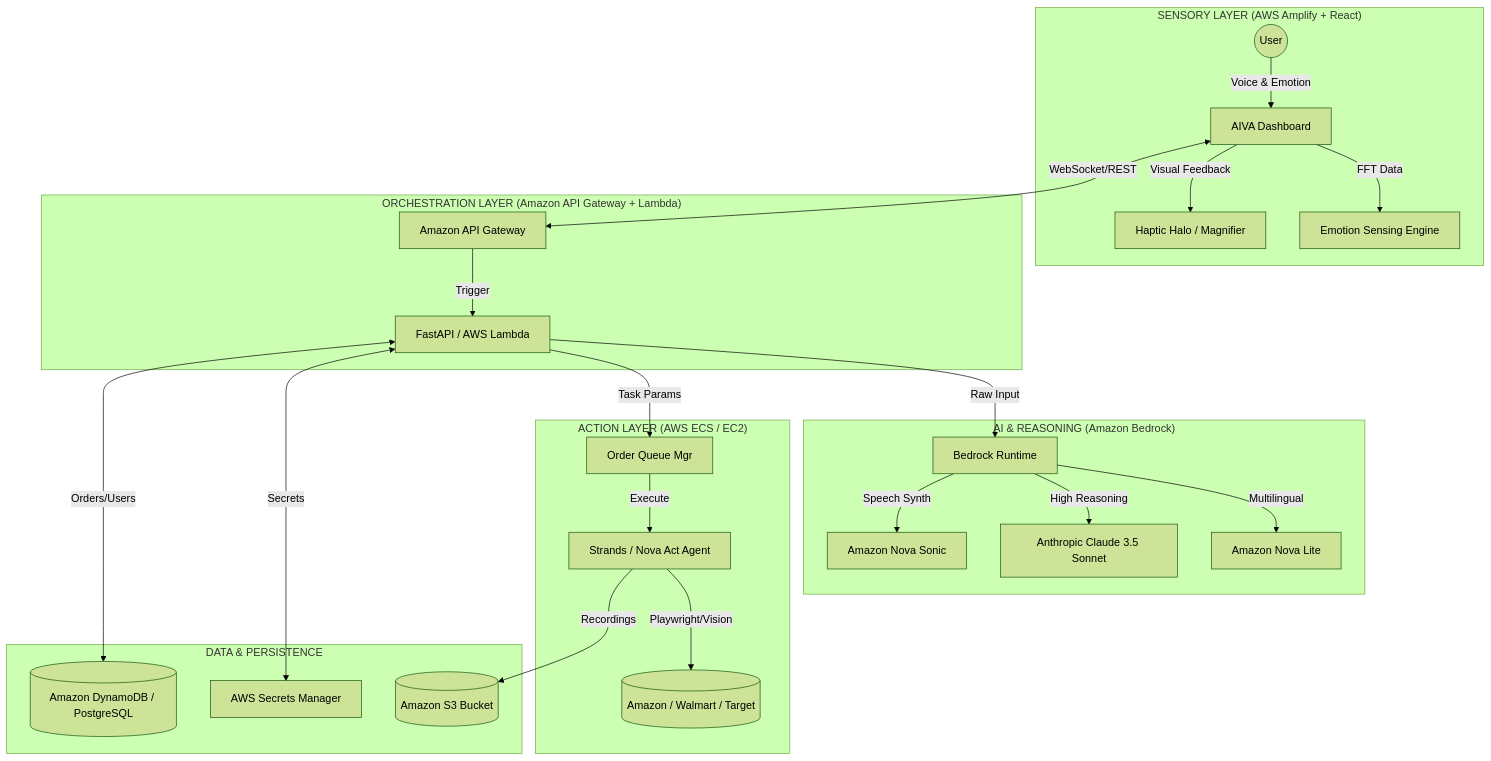
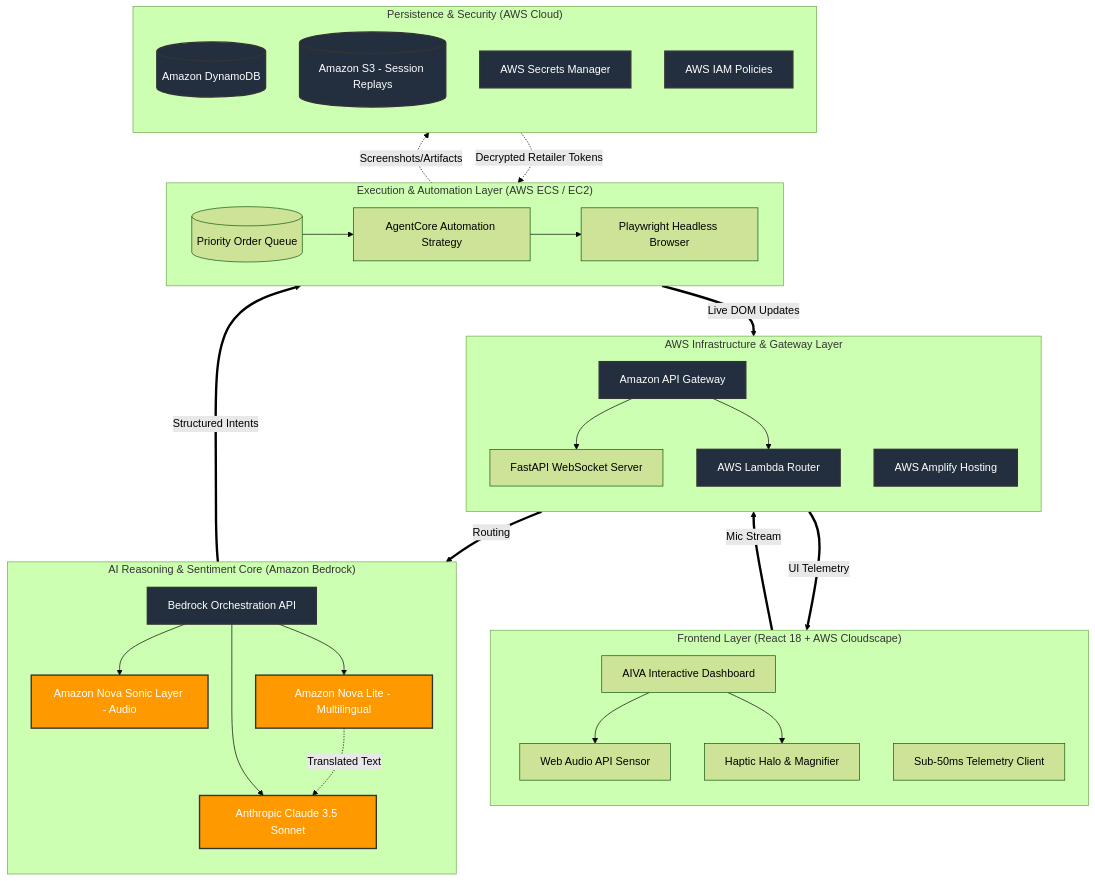
The diagram in README.md (PramitKumarPanda18/AIVA-Web-Accessibility-Assistant), drawn with Mermaid (forest theme) before and after one commit. The commit also changed other lines of this file and 1 other file, not shown here.

````diff
--- a/README.md
+++ b/README.md
@@ -46,32 +60,70 @@
 ```mermaid
-graph TD
-    subgraph "SENSORY LAYER (AWS Amplify + React)"
-        User((User)) -->|Voice & Emotion| UI[AIVA Dashboard]
-        UI -->|FFT Data| Emotion[Emotion Sensing Engine]
-        UI -->|Visual Feedback| VHF[Haptic Halo / Magnifier]
-    end
+graph TB
 
-    subgraph "ORCHESTRATION LAYER (Amazon API Gateway + Lambda)"
-        UI <-->|WebSocket/REST| Gateway[Amazon API Gateway]
-        Gateway -->|Trigger| CoreHandler[FastAPI / AWS Lambda]
-    end
+subgraph "Frontend Layer (React 18 + AWS Cloudscape)"
+    direction TB
+    UI_Dashboard[AIVA Interactive Dashboard]
+    AudioAPI[Web Audio API Sensor]
+    VisualFeedback[Haptic Halo & Magnifier]
+    WebSocketClient[Sub-50ms Telemetry Client]
 
-    subgraph "AI & REASONING (Amazon Bedrock)"
-        CoreHandler -->|Raw Input| Bedrock[Bedrock Runtime]
-        Bedrock -->|Multilingual| Nova[Amazon Nova Lite]
-        Bedrock -->|High Reasoning| Claude[Anthropic Claude 3.5 Sonnet]
-        Bedrock -->|Speech Synth| Sonic[Amazon Nova Sonic]
-    end
+    UI_Dashboard --> AudioAPI
+    UI_Dashboard --> VisualFeedback
+end
 
-    subgraph "ACTION LAYER (AWS ECS / EC2)"
-        CoreHandler -->|Task Params| Queue[Order Queue Mgr]
-        Queue -->|Execute| Agent[Strands / Nova Act Agent]
-        Agent -->|Playwright/Vision| Retailer[(Amazon / Walmart / Target)]
-    end
+subgraph "AWS Infrastructure & Gateway Layer"
+    direction TB
+    APIGateway[Amazon API Gateway]
+    Amplify[AWS Amplify Hosting]
+    Lambda[AWS Lambda Router]
+    WSS[FastAPI WebSocket Server]
 
-    subgraph "DATA & PERSISTENCE"
-        CoreHandler <-->|Secrets| SecretsMgr[AWS Secrets Manager]
-        CoreHandler <-->|Orders/Users| DB[(Amazon DynamoDB / PostgreSQL)]
-        Agent -->|Recordings| S3[(Amazon S3 Bucket)]
-    end
+    APIGateway --> WSS
+    APIGateway --> Lambda
+end
+
+subgraph "AI Reasoning & Sentiment Core (Amazon Bedrock)"
+    direction TB
+    BedrockControl[Bedrock Orchestration API]
+    NovaSonic[Amazon Nova Sonic Layer - Audio]
+    NovaLite[Amazon Nova Lite - Multilingual]
+    Claude35[Anthropic Claude 3.5 Sonnet]
+
+    BedrockControl --> NovaSonic
+    BedrockControl --> NovaLite
+    BedrockControl --> Claude35
+end
+
+subgraph "Execution & Automation Layer (AWS ECS / EC2)"
+    direction LR
+    OrderQueue[(Priority Order Queue)]
+    AgentCore[AgentCore Automation Strategy]
+    Playwright[Playwright Headless Browser]
+
+    OrderQueue --> AgentCore
+    AgentCore --> Playwright
+end
+
+subgraph "Persistence & Security (AWS Cloud)"
+    direction TB
+    DynamoDB[(Amazon DynamoDB)]
+    S3[(Amazon S3 - Session Replays)]
+    SecretsMgr[AWS Secrets Manager]
+    IAM[AWS IAM Policies]
+end
+
+%% Connections
+AudioAPI ==>|Mic Stream| APIGateway
+APIGateway ==>|Routing| BedrockControl
+NovaLite -.->|Translated Text| Claude35
+Claude35 ==>|Structured Intents| OrderQueue
+Playwright ==>|Live DOM Updates| WSS
+WSS ==>|UI Telemetry| WebSocketClient
+SecretsMgr -.->|Decrypted Retailer Tokens| AgentCore
+Playwright -.->|Screenshots/Artifacts| S3
+
+classDef core fill:#232F3E,stroke:#333,stroke-width:2px,color:#fff;
+class APIGateway,Lambda,BedrockControl,DynamoDB,S3,SecretsMgr,IAM,Amplify core;
+classDef ai fill:#FF9900,stroke:#333,stroke-width:2px,color:#fff;
+class Claude35,NovaLite,NovaSonic ai;
 ```
````
